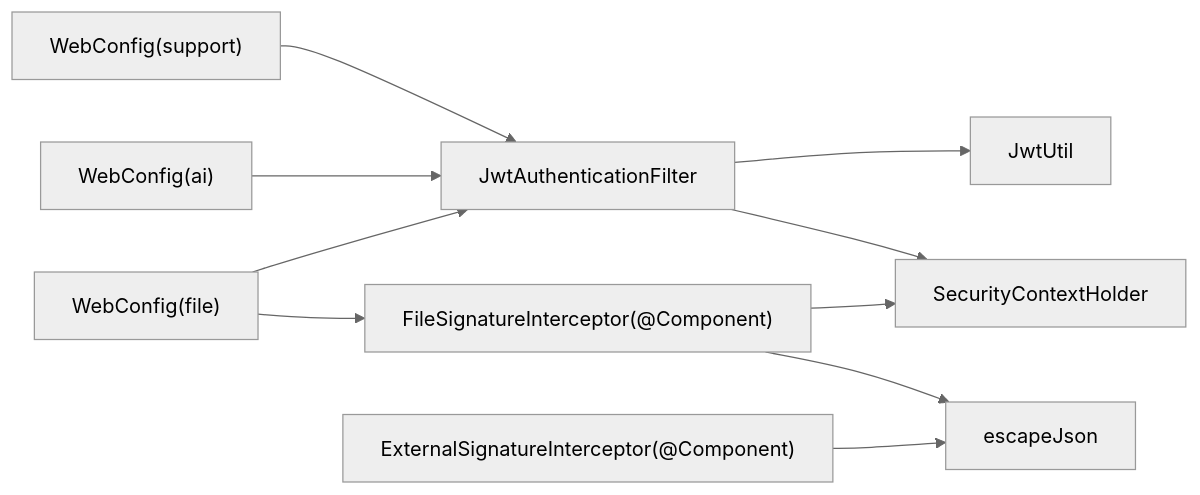
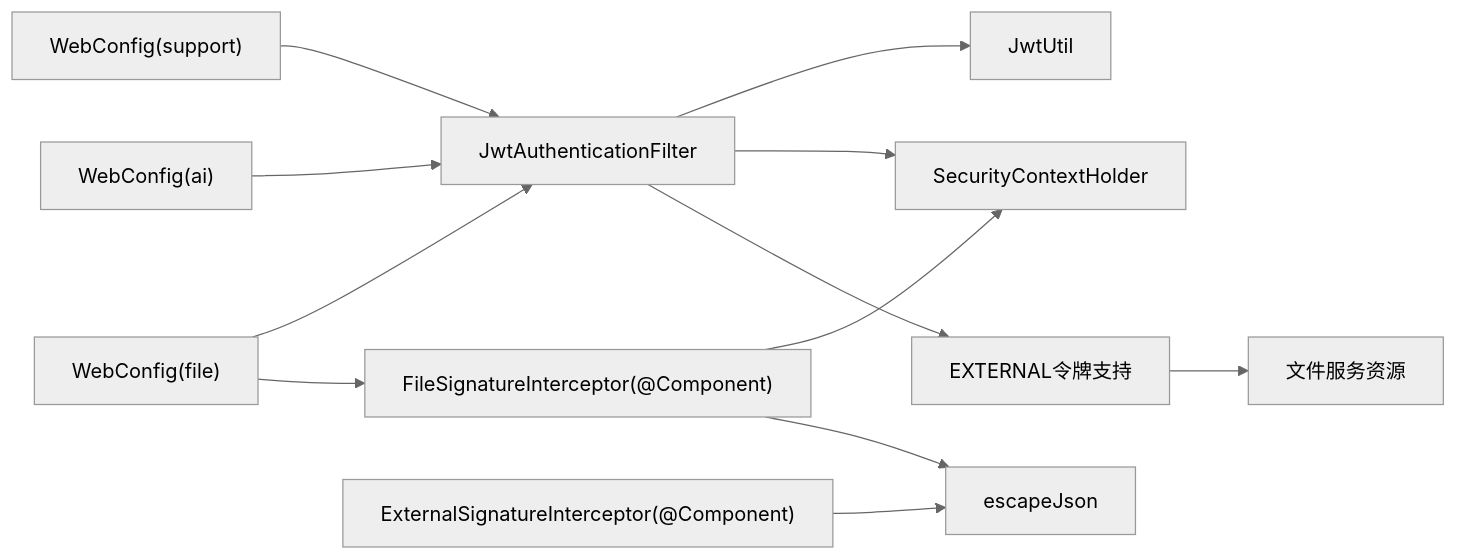
Diagram 12 of 12 in .qoder/repowiki/zh/content/后端服务/公共模块 (ele-ai-tender-common)/安全认证与授权.md (DrunkFood/First), drawn with Mermaid (neutral theme) before and after one commit. The commit also changed other lines of this file and 66 other files, not shown here.

````diff
--- a/.qoder/repowiki/zh/content/后端服务/公共模块 (ele-ai-tender-common)/安全认证与授权.md
+++ b/.qoder/repowiki/zh/content/后端服务/公共模块 (ele-ai-tender-common)/安全认证与授权.md
@@ -481,12 +578,14 @@
 ```mermaid
 graph LR
 WF["WebConfig(support)"] --> JF["JwtAuthenticationFilter"]
 WA["WebConfig(ai)"] --> JF
 Wf["WebConfig(file)"] --> JF
 Wf --> FSIG["FileSignatureInterceptor(@Component)"]
 JF --> JU["JwtUtil"]
 JF --> SH["SecurityContextHolder"]
+JF --> EXT["EXTERNAL令牌支持"]
 FSIG --> SH
 ESIG["ExternalSignatureInterceptor(@Component)"] --> ESC["escapeJson"]
 FSIG --> ESC
+EXT --> FileRes["文件服务资源"]
 ```
````
